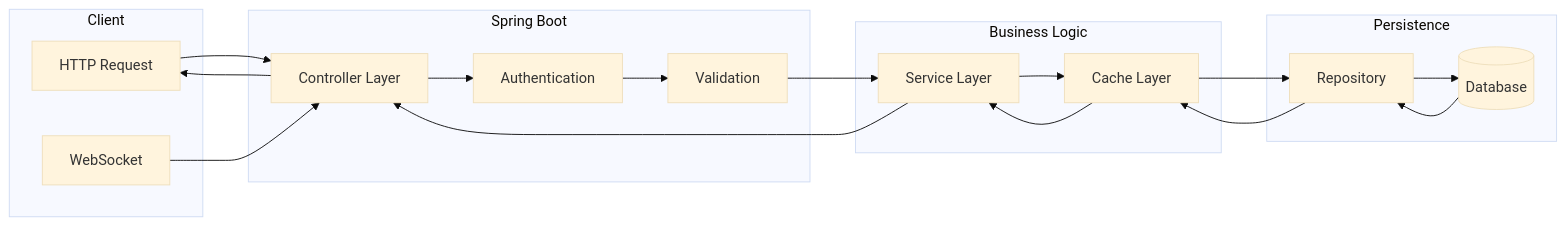
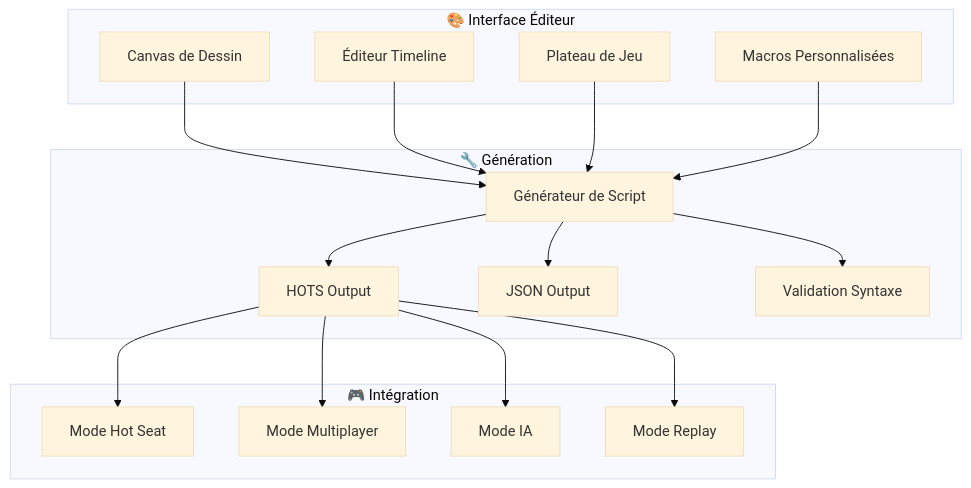
The seventh of 10 diagrams in docs/ARCHITECTURE_DIAGRAMS.md (V0OgZ/fullstack-project), drawn with Mermaid (base theme) before and after one commit. The commit also changed other lines of this file and 96 other files, not shown here.

````diff
--- a/docs/ARCHITECTURE_DIAGRAMS.md
+++ b/docs/ARCHITECTURE_DIAGRAMS.md
@@ -278,38 +337,37 @@
 ```mermaid
-flowchart LR
-    subgraph "Client"
-        REQ[HTTP Request]
-        WS[WebSocket]
+graph TB
+    subgraph "🎨 Interface Éditeur"
+        CANVAS[Canvas de Dessin]
+        TIMELINE[Éditeur Timeline]
+        BOARD[Plateau de Jeu]
+        MACROS[Macros Personnalisées]
     end
     
-    subgraph "Spring Boot"
-        CTRL[Controller Layer]
-        AUTH[Authentication]
-        VALID[Validation]
+    subgraph "🔧 Génération"
+        SCRIPT_GEN[Générateur de Script]
+        HOTS_OUT[HOTS Output]
+        JSON_OUT[JSON Output]
+        VALIDATION[Validation Syntaxe]
     end
     
-    subgraph "Business Logic"
-        SERV[Service Layer]
-        CACHE[Cache Layer]
+    subgraph "🎮 Intégration"
+        HOTSEAT[Mode Hot Seat]
+        MULTIPLAYER[Mode Multiplayer]
+        AI[Mode IA]
+        REPLAY[Mode Replay]
     end
     
-    subgraph "Persistence"
-        REPO[Repository]
-        DB[(Database)]
-    end
+    CANVAS --> SCRIPT_GEN
+    TIMELINE --> SCRIPT_GEN
+    BOARD --> SCRIPT_GEN
+    MACROS --> SCRIPT_GEN
     
-    REQ --> CTRL
-    WS --> CTRL
-    CTRL --> AUTH
-    AUTH --> VALID
-    VALID --> SERV
-    SERV --> CACHE
-    CACHE --> REPO
-    REPO --> DB
+    SCRIPT_GEN --> HOTS_OUT
+    SCRIPT_GEN --> JSON_OUT
+    SCRIPT_GEN --> VALIDATION
     
-    DB --> REPO
-    REPO --> CACHE
-    CACHE --> SERV
-    SERV --> CTRL
-    CTRL --> REQ
+    HOTS_OUT --> HOTSEAT
+    HOTS_OUT --> MULTIPLAYER
+    HOTS_OUT --> AI
+    HOTS_OUT --> REPLAY
 ```
````
